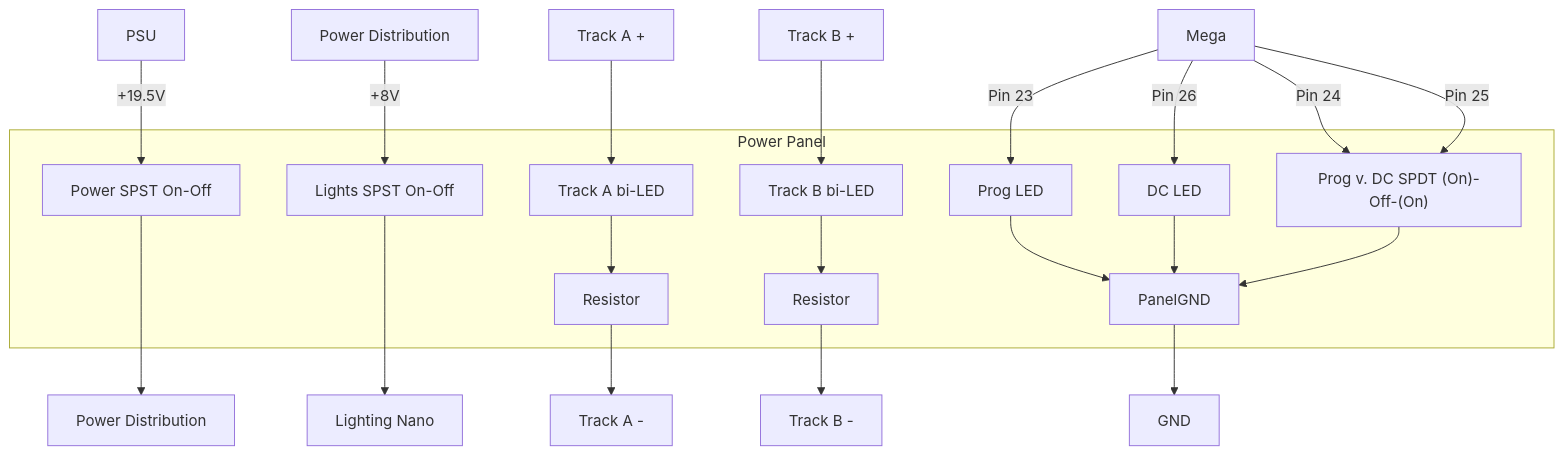
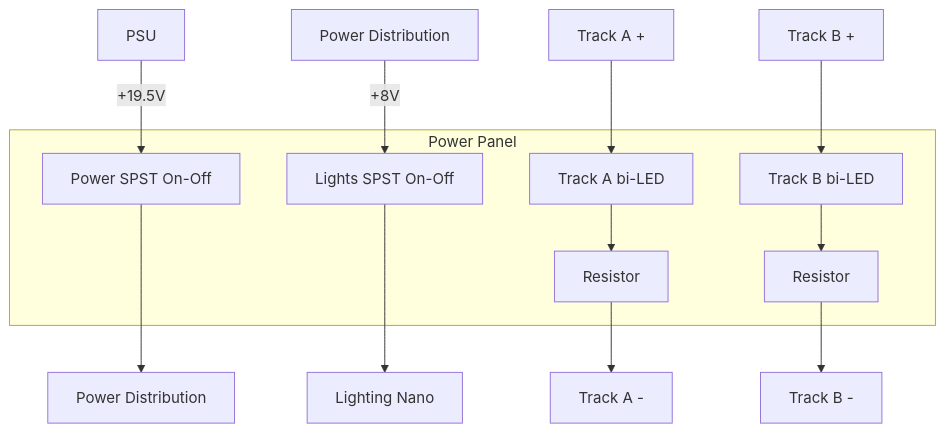
Before and after one commit to kmltechio/lumber_district: the third of 4 diagrams in diagrams.md, drawn with Mermaid.

Commit message:
Update diagrams.md
Simplified power panel

````diff
--- a/diagrams.md
+++ b/diagrams.md
@@ -52,24 +52,15 @@
 ```mermaid
 flowchart 
   subgraph Panel[Power Panel]
     Toggle1[Power SPST On-Off]
     Toggle2[Lights SPST On-Off]
     LED1A["Track A bi-LED"]
     ResistorA[Resistor]
     LED1B["Track B bi-LED"]
     ResistorB[Resistor]
-    Toggle3["Prog v. DC SPDT (On)-Off-(On)"]
-    LED2[Prog LED]
-    LED3[DC LED]
-    PanelGND
     end
   PSU -->|"+19.5V"| Toggle1 ---> pd[Power Distribution]
   pd8[Power Distribution] -->|"+8V"| Toggle2 ---> Lights[Lighting Nano]
   TrackA["Track A +"] --> LED1A --> ResistorA --> TrackAneg["Track A -"]
   TrackB["Track B +"] --> LED1B --> ResistorB --> TrackBneg["Track B -"]
-  Mega -->|Pin 23| LED2
-  Mega -->|Pin 24| Toggle3
-  Mega -->|Pin 25| Toggle3
-  Mega -->|Pin 26| LED3
-  LED2 & LED3 & Toggle3 --> PanelGND --> GND
 ```
````
